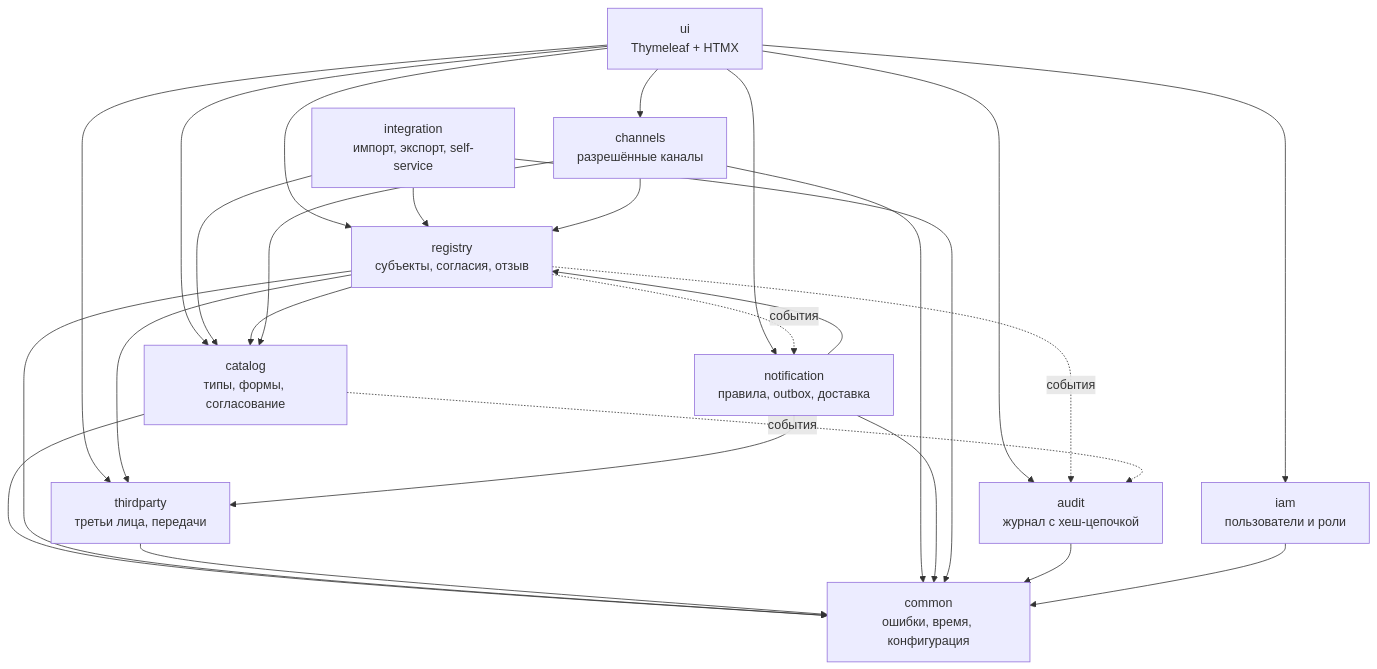
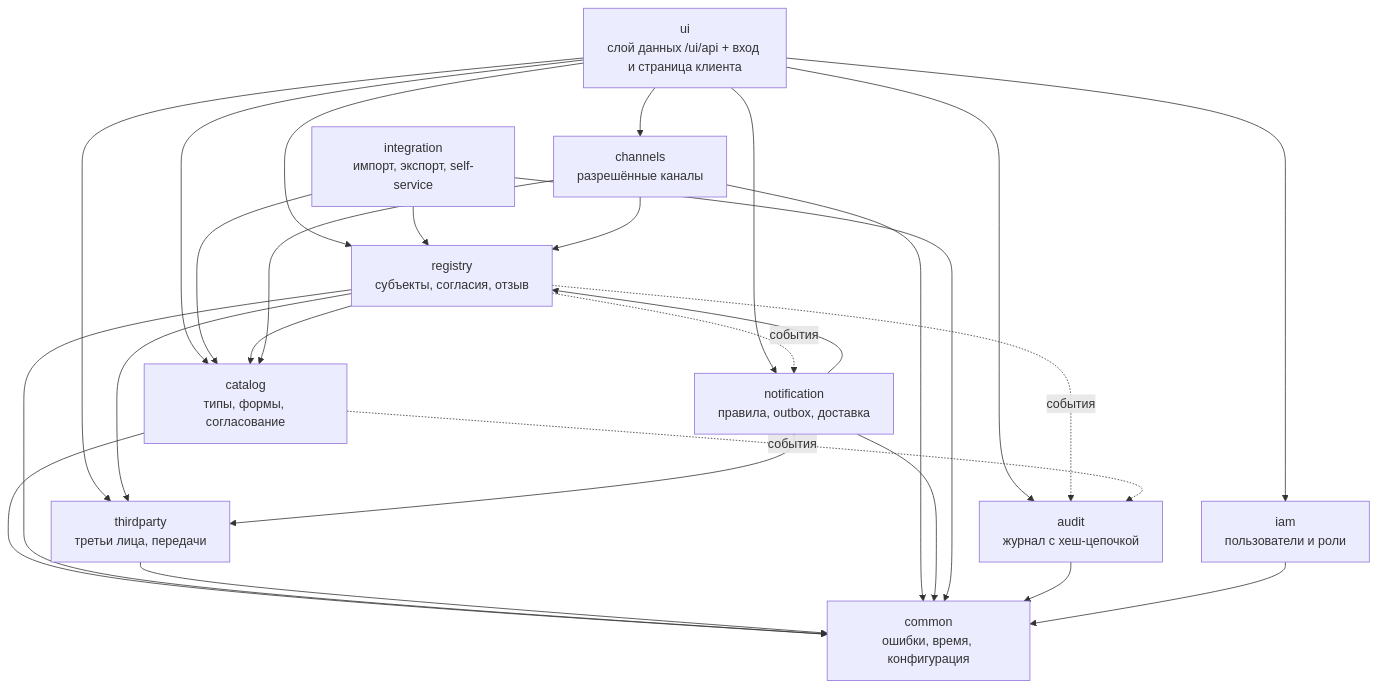
Before and after one commit to romabyr1989-bot/In_consensu: the third of 5 diagrams in docs/architecture.md, drawn with Mermaid. The commit also changed other lines of this file and 6 other files, not shown here.

````diff
--- a/docs/architecture.md
+++ b/docs/architecture.md
@@ -82,23 +93,23 @@
 ```mermaid
 flowchart TB
-  ui["ui<br/>Thymeleaf + HTMX"]
+  ui["ui<br/>слой данных /ui/api + вход и страница клиента"]
   integration["integration<br/>импорт, экспорт, self-service"]
   catalog["catalog<br/>типы, формы, согласование"]
   registry["registry<br/>субъекты, согласия, отзыв"]
   channels["channels<br/>разрешённые каналы"]
   thirdparty["thirdparty<br/>третьи лица, передачи"]
   notification["notification<br/>правила, outbox, доставка"]
   audit["audit<br/>журнал с хеш-цепочкой"]
   iam["iam<br/>пользователи и роли"]
   common["common<br/>ошибки, время, конфигурация"]
 
   ui --> catalog & registry & channels & thirdparty & notification & audit & iam
   integration --> registry & catalog
   registry --> catalog & thirdparty
   channels --> registry & catalog
   notification --> registry & thirdparty
   registry -.события.-> audit
   catalog -.события.-> audit
   registry -.события.-> notification
   catalog & registry & thirdparty & channels & notification & integration & audit & iam --> common
 ```
````
